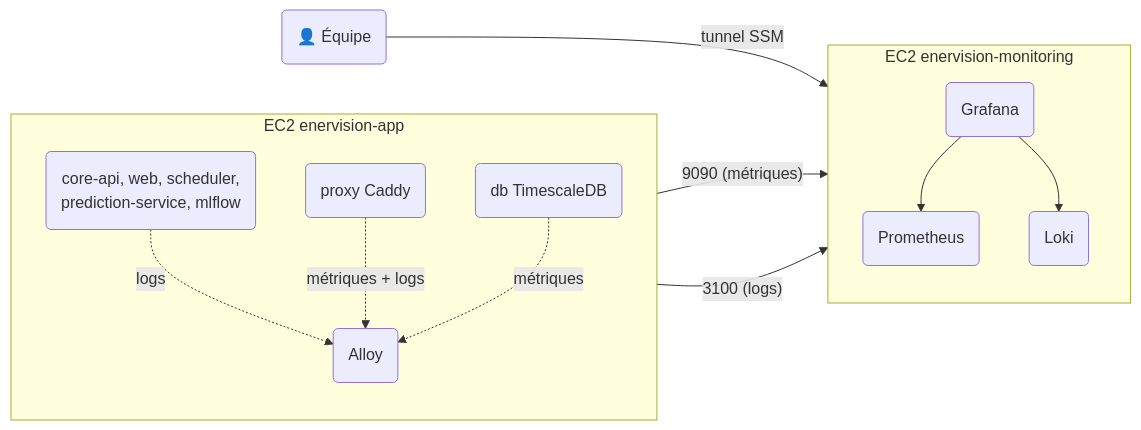
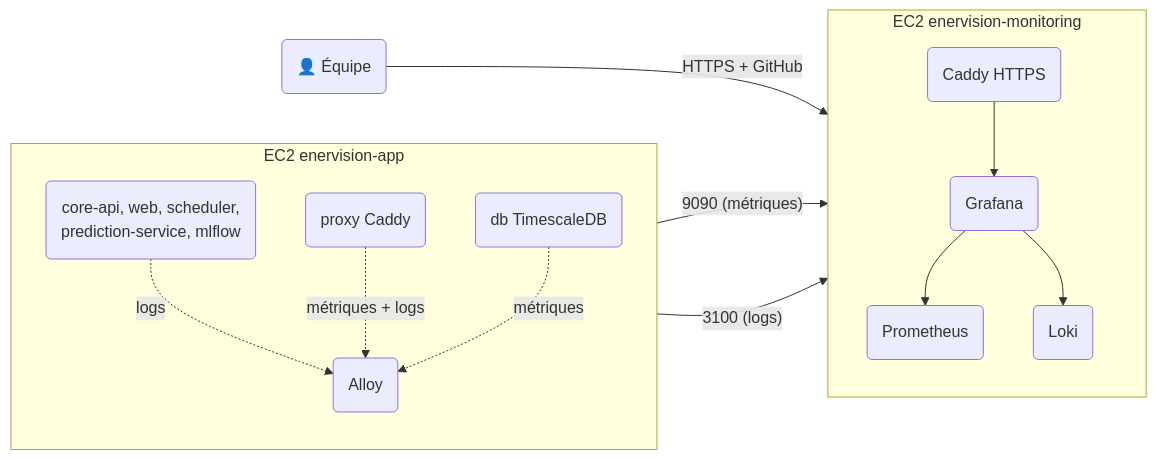
One commit to enervision-project/smart-energy-optimizer changed the diagram in docs/doc-technique/transverse/infra/monitoring.md. Above: the diagram before and after it, drawn with Mermaid. The commit also changed other lines of this file and 2 other files, not shown here.

Commit message:
feat(seo-46): add proxy service and forwarding for grafana

````diff
--- a/docs/doc-technique/transverse/infra/monitoring.md
+++ b/docs/doc-technique/transverse/infra/monitoring.md
@@ -7,26 +7,28 @@
 ```mermaid
 flowchart LR
 subgraph APP["EC2 enervision-app"]
 direction TB
 SVC("core-api, web, scheduler,<br/>prediction-service, mlflow")
 PROXY("proxy Caddy")
 DB("db TimescaleDB")
 ALLOY_APP("Alloy")
 SVC -. logs .-> ALLOY_APP
 PROXY -. métriques + logs .-> ALLOY_APP
 DB -. métriques .-> ALLOY_APP
 end
 
 subgraph MON["EC2 enervision-monitoring"]
 direction TB
 PROM("Prometheus")
 LOKI("Loki")
 GRAFANA("Grafana")
+CADDY("Caddy HTTPS")
+CADDY --> GRAFANA
 GRAFANA --> PROM
 GRAFANA --> LOKI
 end
 
 ALLOY_APP -- "9090 (métriques)" --> PROM
 ALLOY_APP -- "3100 (logs)" --> LOKI
-DEV("👤 Équipe") -- "tunnel SSM" --> GRAFANA
+DEV("👤 Équipe") -- "HTTPS + GitHub" --> CADDY
 ```
````
